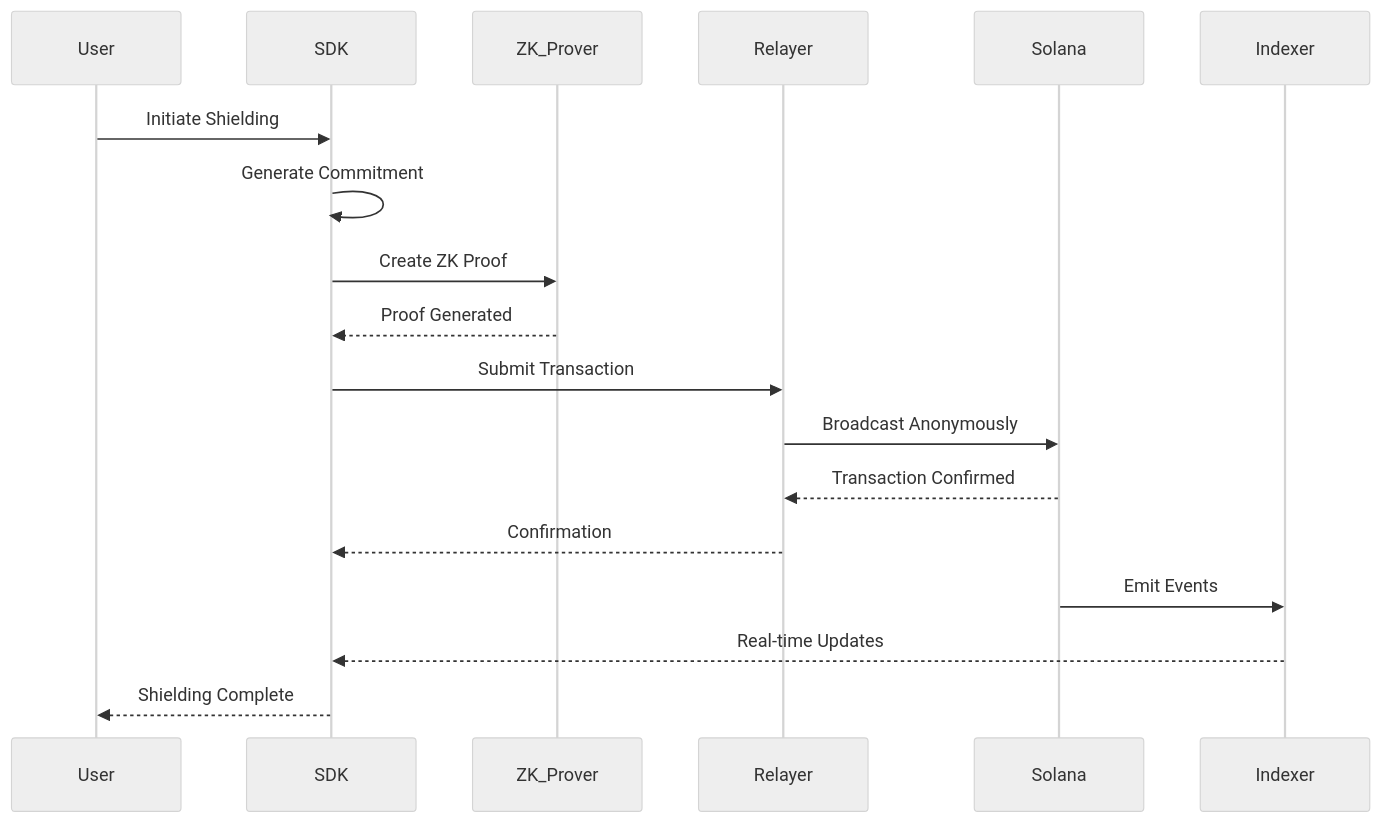
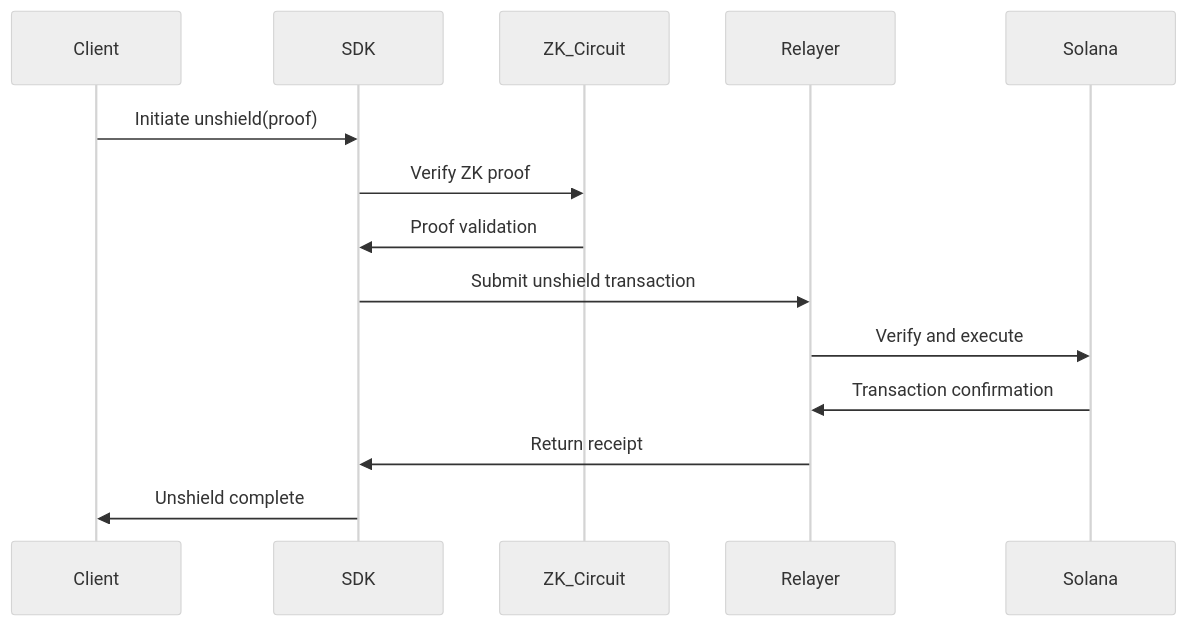
One commit to paseka10jaroslav-coder/SolVoid changed the third of 3 diagrams in docs/ARCHITECTURE.md. Above: the diagram before and after it, drawn with Mermaid (neutral theme). The commit also changed other lines of this file and 217 other files, not shown here.

````diff
--- a/docs/ARCHITECTURE.md
+++ b/docs/ARCHITECTURE.md
@@ -106,23 +176,17 @@
 ```mermaid
 sequenceDiagram
-    participant User
+    participant Client
     participant SDK
-    participant ZK_Prover
+    participant ZK_Circuit
     participant Relayer
     participant Solana
-    participant Indexer
     
-    User->>SDK: Initiate Shielding
-    SDK->>SDK: Generate Commitment
-    SDK->>ZK_Prover: Create ZK Proof
-    ZK_Prover-->>SDK: Proof Generated
-    
-    SDK->>Relayer: Submit Transaction
-    Relayer->>Solana: Broadcast Anonymously
-    Solana-->>Relayer: Transaction Confirmed
-    Relayer-->>SDK: Confirmation
-    
-    Solana->>Indexer: Emit Events
-    Indexer-->>SDK: Real-time Updates
-    SDK-->>User: Shielding Complete
+    Client->>SDK: Initiate unshield(proof)
+    SDK->>ZK_Circuit: Verify ZK proof
+    ZK_Circuit->>SDK: Proof validation
+    SDK->>Relayer: Submit unshield transaction
+    Relayer->>Solana: Verify and execute
+    Solana->>Relayer: Transaction confirmation
+    Relayer->>SDK: Return receipt
+    SDK->>Client: Unshield complete
 ```
````
